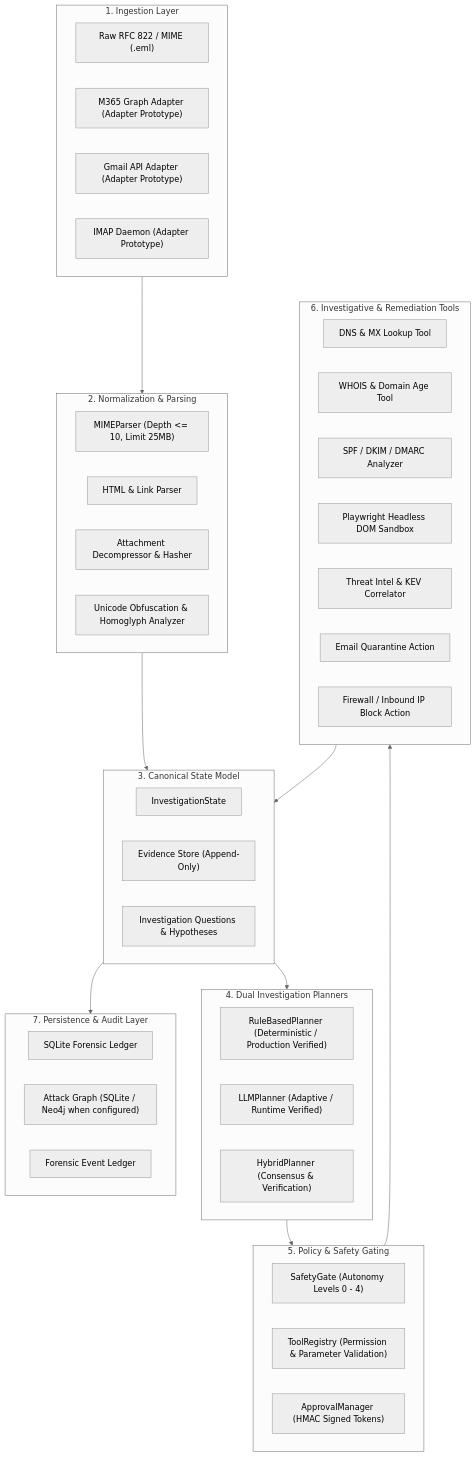
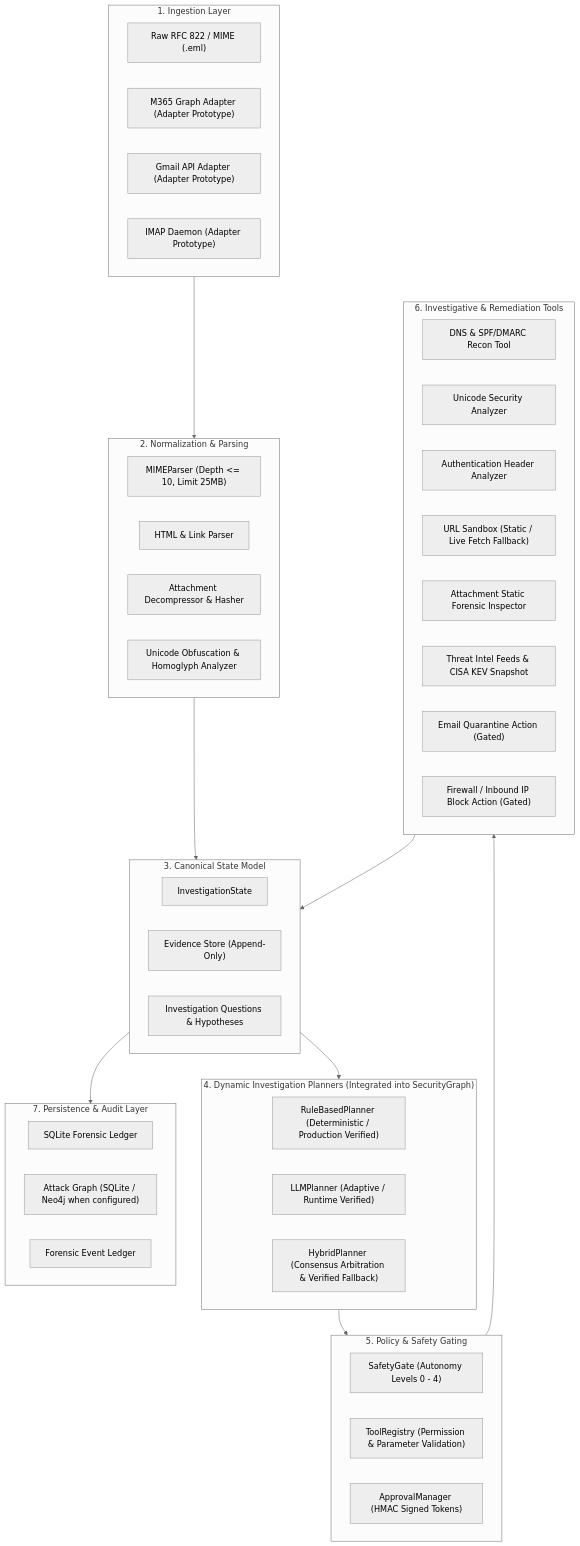
The first of 4 diagrams in docs/ARCHITECTURE.md (seniru-ekanayake/agentic-email-defense), drawn with Mermaid (neutral theme) before and after one commit. The commit also changed 60 other files, not shown here.

First line of the commit message:
feat: integrate adaptive investigation loop into production graph

````diff
--- a/docs/ARCHITECTURE.md
+++ b/docs/ARCHITECTURE.md
@@ -27,58 +27,59 @@
 ```mermaid
 flowchart TD
     subgraph INGESTION["1. Ingestion Layer"]
         EML["Raw RFC 822 / MIME (.eml)"]
         M365["M365 Graph Adapter (Adapter Prototype)"]
         GMAIL["Gmail API Adapter (Adapter Prototype)"]
         IMAP["IMAP Daemon (Adapter Prototype)"]
     end
 
     subgraph NORMALIZATION["2. Normalization & Parsing"]
         MIME_P["MIMEParser (Depth <= 10, Limit 25MB)"]
         HTML_P["HTML & Link Parser"]
         ATTACH_P["Attachment Decompressor & Hasher"]
         UNICODE_P["Unicode Obfuscation & Homoglyph Analyzer"]
     end
 
     subgraph STATE["3. Canonical State Model"]
         INV_STATE["InvestigationState"]
         EVID_STORE["Evidence Store (Append-Only)"]
         QUEST_STORE["Investigation Questions & Hypotheses"]
     end
 
-    subgraph PLANNERS["4. Dual Investigation Planners"]
+    subgraph PLANNERS["4. Dynamic Investigation Planners (Integrated into SecurityGraph)"]
         RB_PLANNER["RuleBasedPlanner (Deterministic / Production Verified)"]
         LLM_PLANNER["LLMPlanner (Adaptive / Runtime Verified)"]
-        HYBRID_PLANNER["HybridPlanner (Consensus & Verification)"]
+        HYBRID_PLANNER["HybridPlanner (Consensus Arbitration & Verified Fallback)"]
     end
 
     subgraph GATING["5. Policy & Safety Gating"]
         SAFETY_GATE["SafetyGate (Autonomy Levels 0 - 4)"]
         TOOL_REG["ToolRegistry (Permission & Parameter Validation)"]
         APPROVAL["ApprovalManager (HMAC Signed Tokens)"]
     end
 
     subgraph TOOLS["6. Investigative & Remediation Tools"]
-        DNS_TOOL["DNS & MX Lookup Tool"]
-        WHOIS_TOOL["WHOIS & Domain Age Tool"]
-        AUTH_TOOL["SPF / DKIM / DMARC Analyzer"]
-        SANDBOX_TOOL["Playwright Headless DOM Sandbox"]
-        TI_TOOL["Threat Intel & KEV Correlator"]
-        QUAR_TOOL["Email Quarantine Action"]
-        BLOCK_TOOL["Firewall / Inbound IP Block Action"]
+        DNS_TOOL["DNS & SPF/DMARC Recon Tool"]
+        UNICODE_TOOL["Unicode Security Analyzer"]
+        AUTH_TOOL["Authentication Header Analyzer"]
+        SANDBOX_TOOL["URL Sandbox (Static / Live Fetch Fallback)"]
+        ATTACH_TOOL["Attachment Static Forensic Inspector"]
+        TI_TOOL["Threat Intel Feeds & CISA KEV Snapshot"]
+        QUAR_TOOL["Email Quarantine Action (Gated)"]
+        BLOCK_TOOL["Firewall / Inbound IP Block Action (Gated)"]
     end
 
     subgraph PERSISTENCE["7. Persistence & Audit Layer"]
         SQLITE_DB["SQLite Forensic Ledger"]
         GRAPH_REPO["Attack Graph (SQLite / Neo4j when configured)"]
         AUDIT_LOG["Forensic Event Ledger"]
     end
 
     INGESTION --> NORMALIZATION
     NORMALIZATION --> STATE
     STATE --> PLANNERS
     PLANNERS --> GATING
     GATING --> TOOLS
     TOOLS --> STATE
     STATE --> PERSISTENCE
 ```
````
